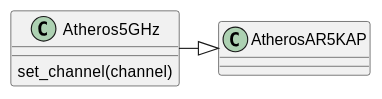
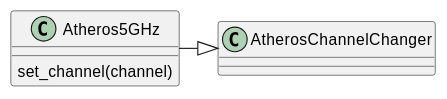
The second of 3 diagrams in apcommand/accesspoints/atheros.rst (russell-n/apcommand), drawn with PlantUML before and after one commit. The commit also changed other lines of this file and 3 other files, not shown here.

```diff
--- a/apcommand/accesspoints/atheros.rst
+++ b/apcommand/accesspoints/atheros.rst
@@ -40,4 +47,4 @@
 .. uml::
 
-   Atheros5GHz -|> AtherosAR5KAP
+   Atheros5GHz -|> AtherosChannelChanger
    Atheros5GHz : set_channel(channel)
```
